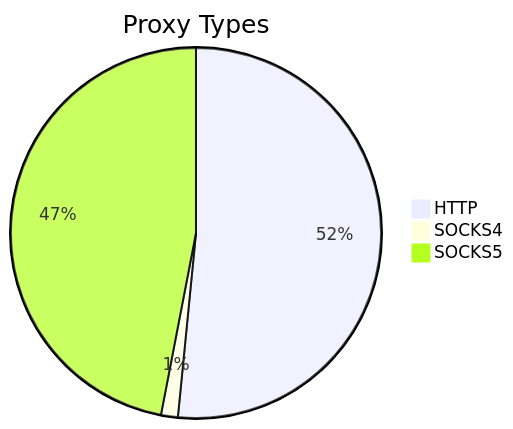
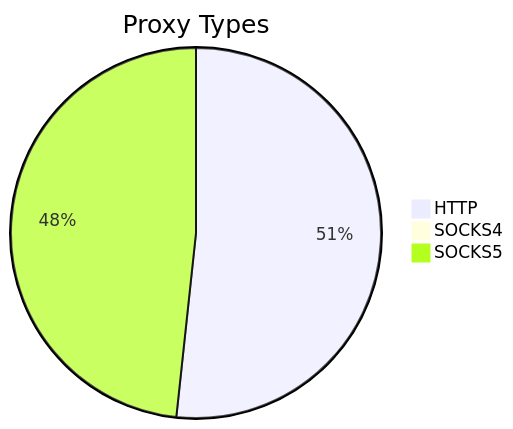
The first of 2 diagrams in README.md (stormsia/proxy-list), drawn with Mermaid before and after one commit. The commit also changed other lines of this file, not shown here.

````diff
--- a/README.md
+++ b/README.md
@@ -21,6 +21,6 @@
 ```mermaid
 pie title Proxy Types
-    "HTTP" : 4638
-    "SOCKS4" : 132
-    "SOCKS5" : 4225
+    "HTTP" : 4603
+    "SOCKS4" : 49
+    "SOCKS5" : 4301
 ```
````
